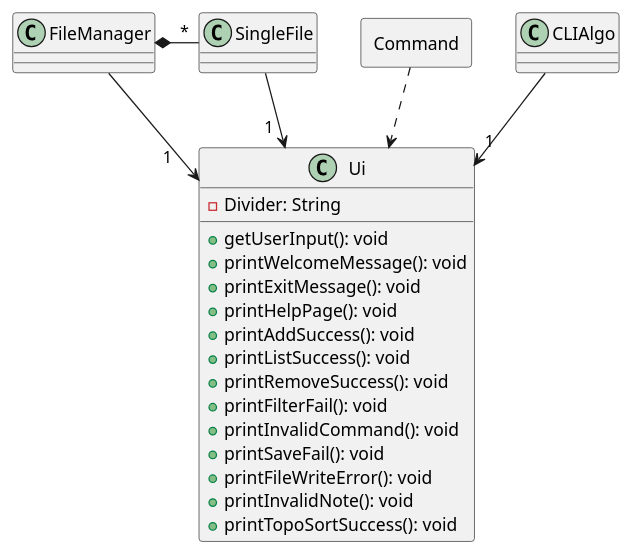
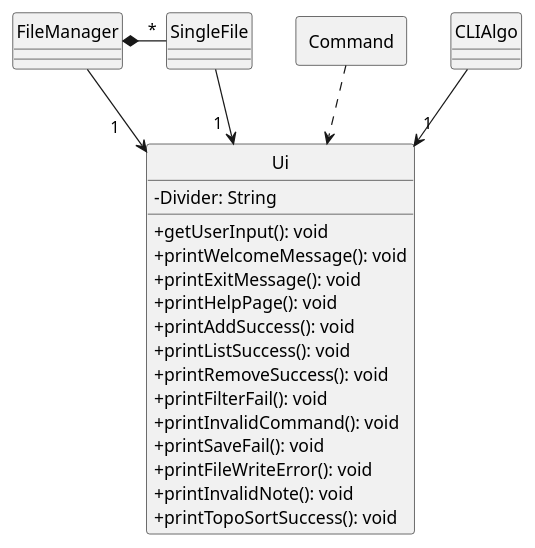
Before and after one commit to ong-ck/tp: the diagram in docs/uml/source-files/UiClass.puml, drawn with PlantUML. The commit also changed 2 other files, not shown here.

Commit message:
Add design for Ui class to DG and update Ui class diagram

```diff
--- a/docs/uml/source-files/UiClass.puml
+++ b/docs/uml/source-files/UiClass.puml
@@ -1,32 +1,33 @@
 @startuml
-'https://plantuml.com/class-diagram
+skinparam classAttributeIconSize 0
+hide circle
 
 class Ui {
--Divider: String
-+getUserInput(): void
-+printWelcomeMessage(): void
-+printExitMessage(): void
-+printHelpPage(): void
-+printAddSuccess(): void
-+printListSuccess(): void
-+printRemoveSuccess(): void
-+printFilterFail(): void
-+printInvalidCommand(): void
-+printSaveFail(): void
-+printFileWriteError(): void
-+printInvalidNote(): void
-+printTopoSortSuccess(): void
+    -Divider: String
+    +getUserInput(): void
+    +printWelcomeMessage(): void
+    +printExitMessage(): void
+    +printHelpPage(): void
+    +printAddSuccess(): void
+    +printListSuccess(): void
+    +printRemoveSuccess(): void
+    +printFilterFail(): void
+    +printInvalidCommand(): void
+    +printSaveFail(): void
+    +printFileWriteError(): void
+    +printInvalidNote(): void
+    +printTopoSortSuccess(): void
 }
 
 package Command <<Rectangle>> {
 }
 
 CLIAlgo--> "1" Ui
 
 FileManager --> "1    " Ui
 FileManager *- "*" SingleFile
 SingleFile --> "1  " Ui
 
 Command ..> Ui
 
 @enduml
```
